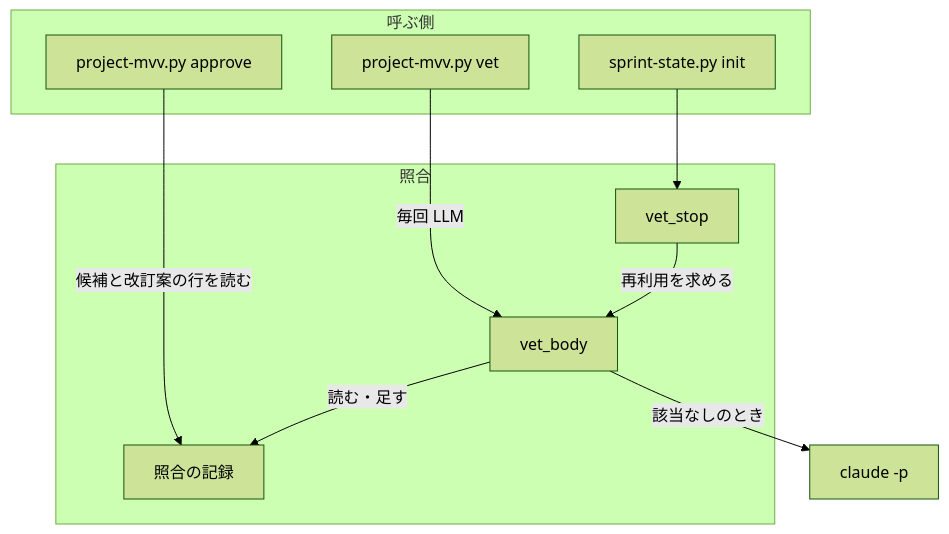
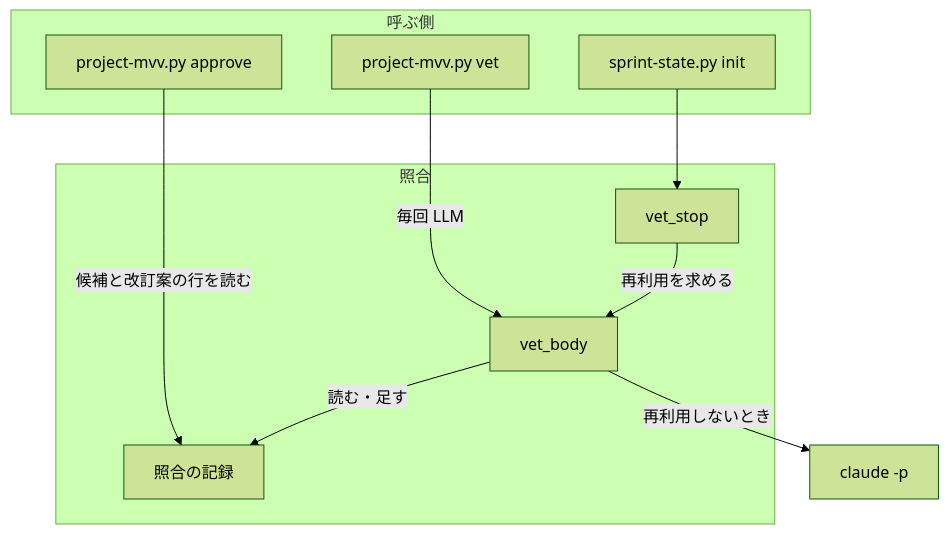
One commit to devbasex/ai-plugins changed the first of 4 diagrams in issues/issue-2614-design.md. Above: the diagram before and after it, drawn with Mermaid (forest theme). The commit also changed other lines of this file, not shown here.

````diff
--- a/issues/issue-2614-design.md
+++ b/issues/issue-2614-design.md
@@ -132,19 +96,19 @@
 ```mermaid
 graph TD
     subgraph 呼ぶ側
         A[sprint-state.py init]
         B[project-mvv.py vet]
         C[project-mvv.py approve]
     end
     subgraph 照合
         D[vet_stop]
         E[vet_body]
         F[照合の記録]
     end
     A --> D
     D -->|再利用を求める| E
     B -->|毎回 LLM| E
     E -->|読む・足す| F
     C -->|候補と改訂案の行を読む| F
-    E -->|該当なしのとき| G[claude -p]
+    E -->|再利用しないとき| G[claude -p]
 ```
````
